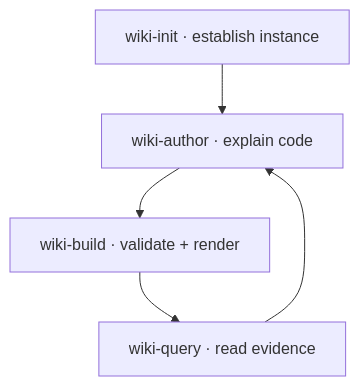
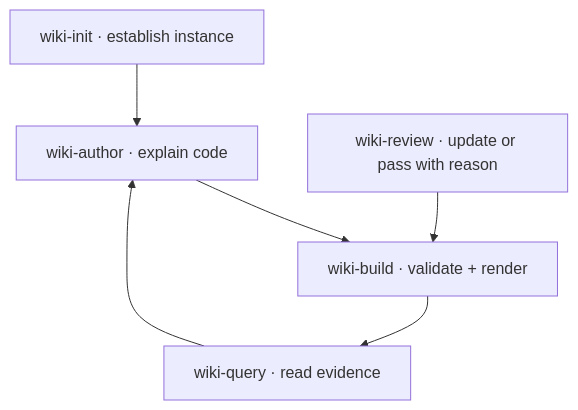
The diagram in codewiki/wiki/skills.md (Lizhou31/codewiki), drawn with Mermaid before and after one commit. The commit also changed other lines of this file and 37 other files, not shown here.

````diff
--- a/codewiki/wiki/skills.md
+++ b/codewiki/wiki/skills.md
@@ -27,7 +30,8 @@
 ```mermaid
 flowchart TB
   init["wiki-init · establish instance"] --> author["wiki-author · explain code"]
   query["wiki-query · read evidence"] --> author
   author --> check["wiki-build · validate + render"]
   check --> query
+  review["wiki-review · update or pass with reason"] --> check
 ```
````
